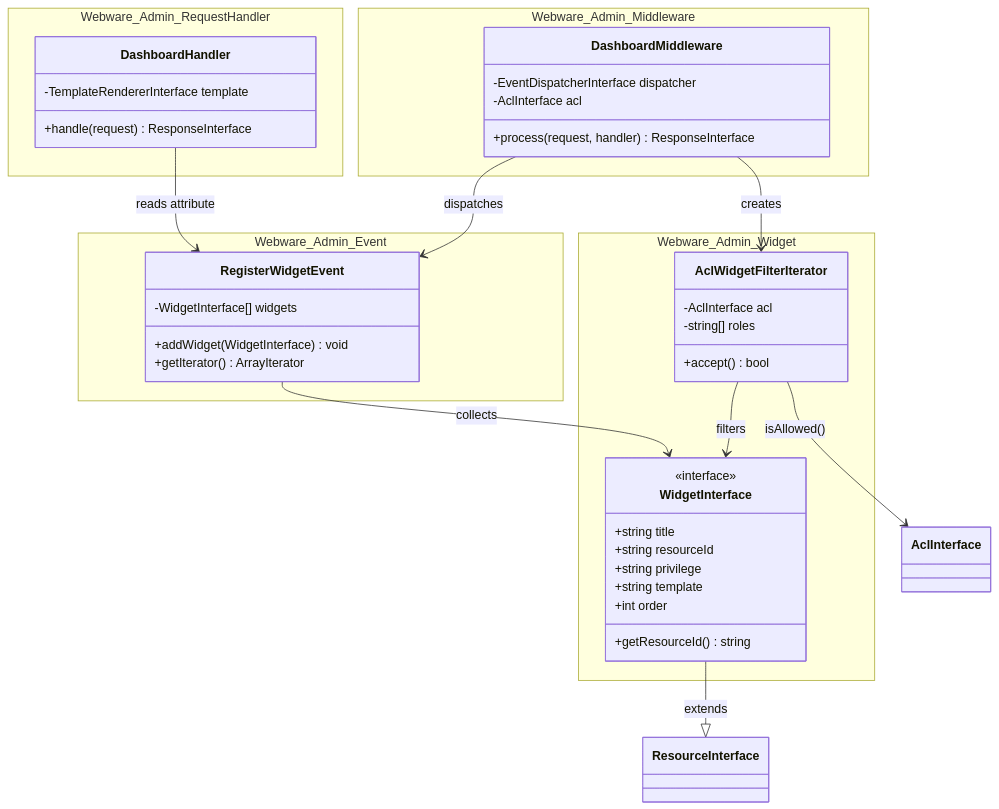
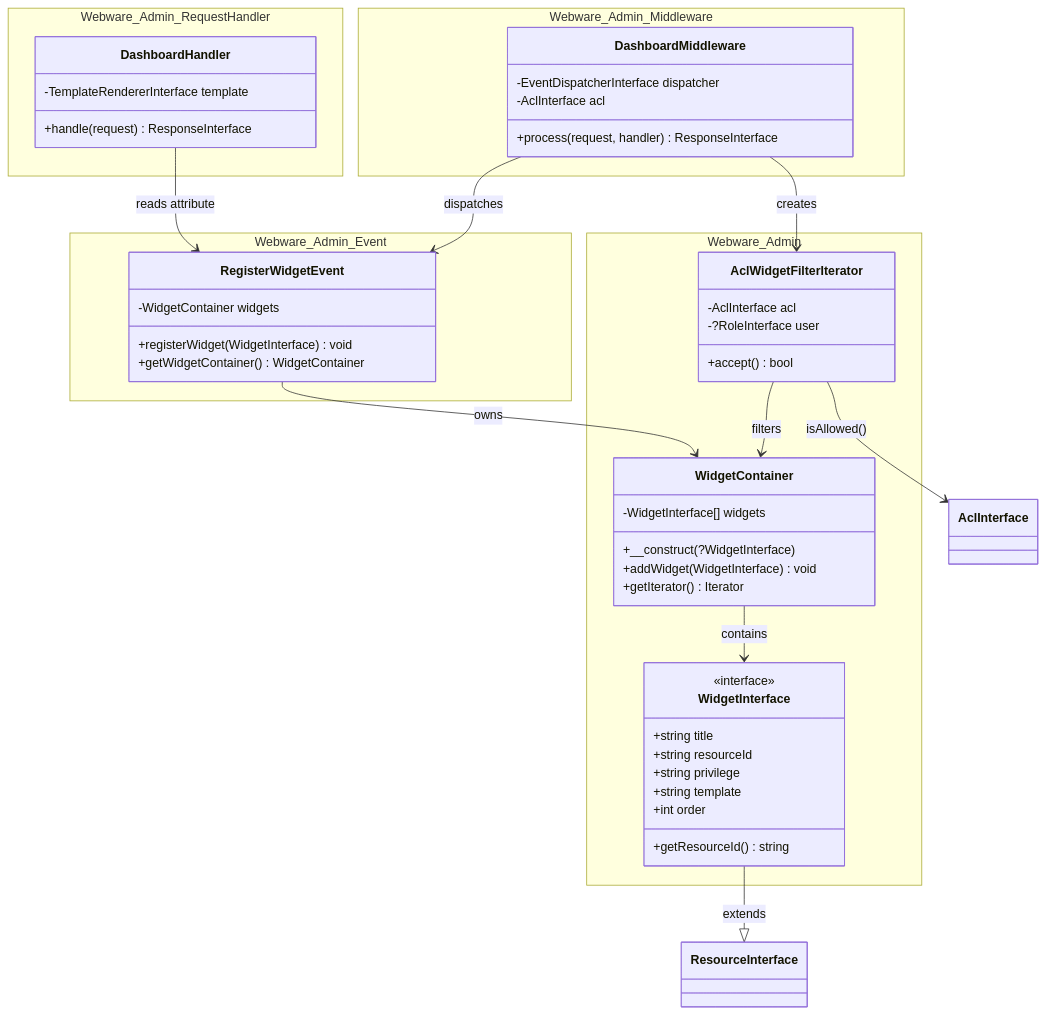
Before and after one commit to webinertia/webware-admin: the first of 2 diagrams in docs/dashboard-widget-system.md, drawn with Mermaid. The commit also changed other lines of this file and 19 other files, not shown here.

First line of the commit message:
refactor: decouple dashboard widget filtering from webware-acl (#13)

````diff
--- a/docs/dashboard-widget-system.md
+++ b/docs/dashboard-widget-system.md
@@ -54,50 +56,57 @@
 ```mermaid
 classDiagram
-    namespace Webware_Admin_Widget {
+    namespace Webware_Admin {
         class WidgetInterface {
             <<interface>>
             +string title
             +string resourceId
             +string privilege
             +string template
             +int order
             +getResourceId() string
         }
+        class WidgetContainer {
+            -WidgetInterface[] widgets
+            +__construct(?WidgetInterface)
+            +addWidget(WidgetInterface) void
+            +getIterator() Iterator
+        }
         class AclWidgetFilterIterator {
             -AclInterface acl
-            -string[] roles
+            -?RoleInterface user
             +accept() bool
         }
     }
 
     namespace Webware_Admin_Event {
         class RegisterWidgetEvent {
-            -WidgetInterface[] widgets
-            +addWidget(WidgetInterface) void
-            +getIterator() ArrayIterator
+            -WidgetContainer widgets
+            +registerWidget(WidgetInterface) void
+            +getWidgetContainer() WidgetContainer
         }
     }
 
     namespace Webware_Admin_Middleware {
         class DashboardMiddleware {
             -EventDispatcherInterface dispatcher
             -AclInterface acl
             +process(request, handler) ResponseInterface
         }
     }
 
     namespace Webware_Admin_RequestHandler {
         class DashboardHandler {
             -TemplateRendererInterface template
             +handle(request) ResponseInterface
         }
     }
 
     WidgetInterface --|> ResourceInterface : extends
-    AclWidgetFilterIterator --> WidgetInterface : filters
+    WidgetContainer --> WidgetInterface : contains
+    AclWidgetFilterIterator --> WidgetContainer : filters
     AclWidgetFilterIterator --> AclInterface : isAllowed()
-    RegisterWidgetEvent --> WidgetInterface : collects
+    RegisterWidgetEvent --> WidgetContainer : owns
     DashboardMiddleware --> RegisterWidgetEvent : dispatches
     DashboardMiddleware --> AclWidgetFilterIterator : creates
     DashboardHandler --> RegisterWidgetEvent : reads attribute
 ```
````
